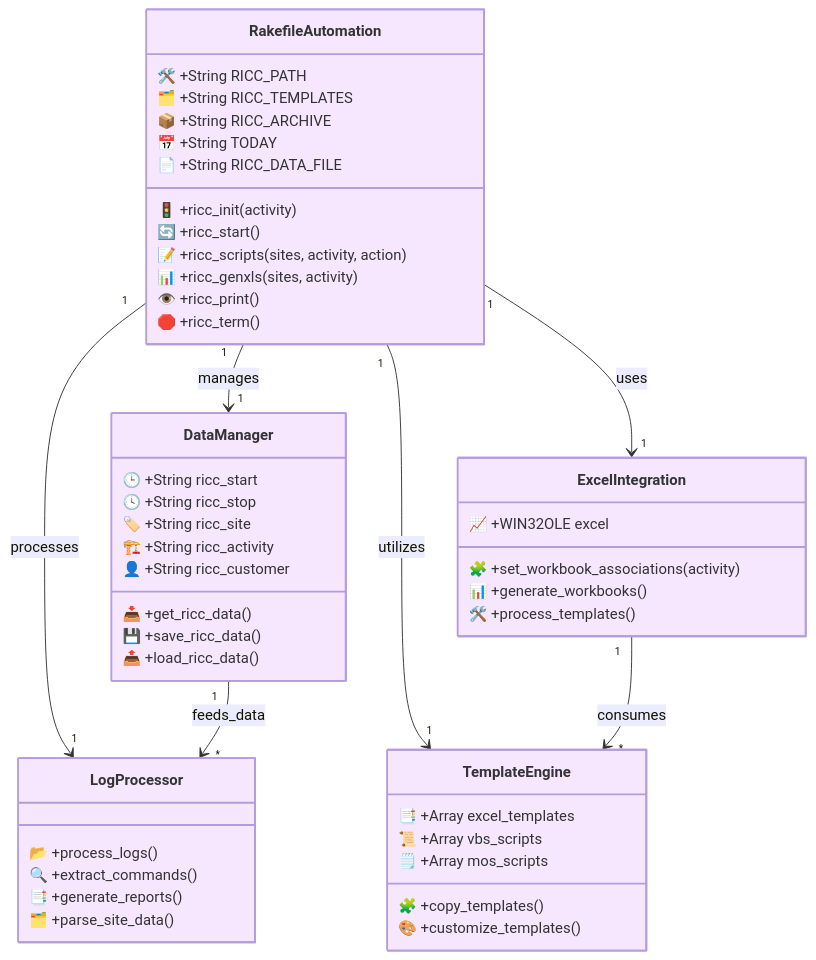
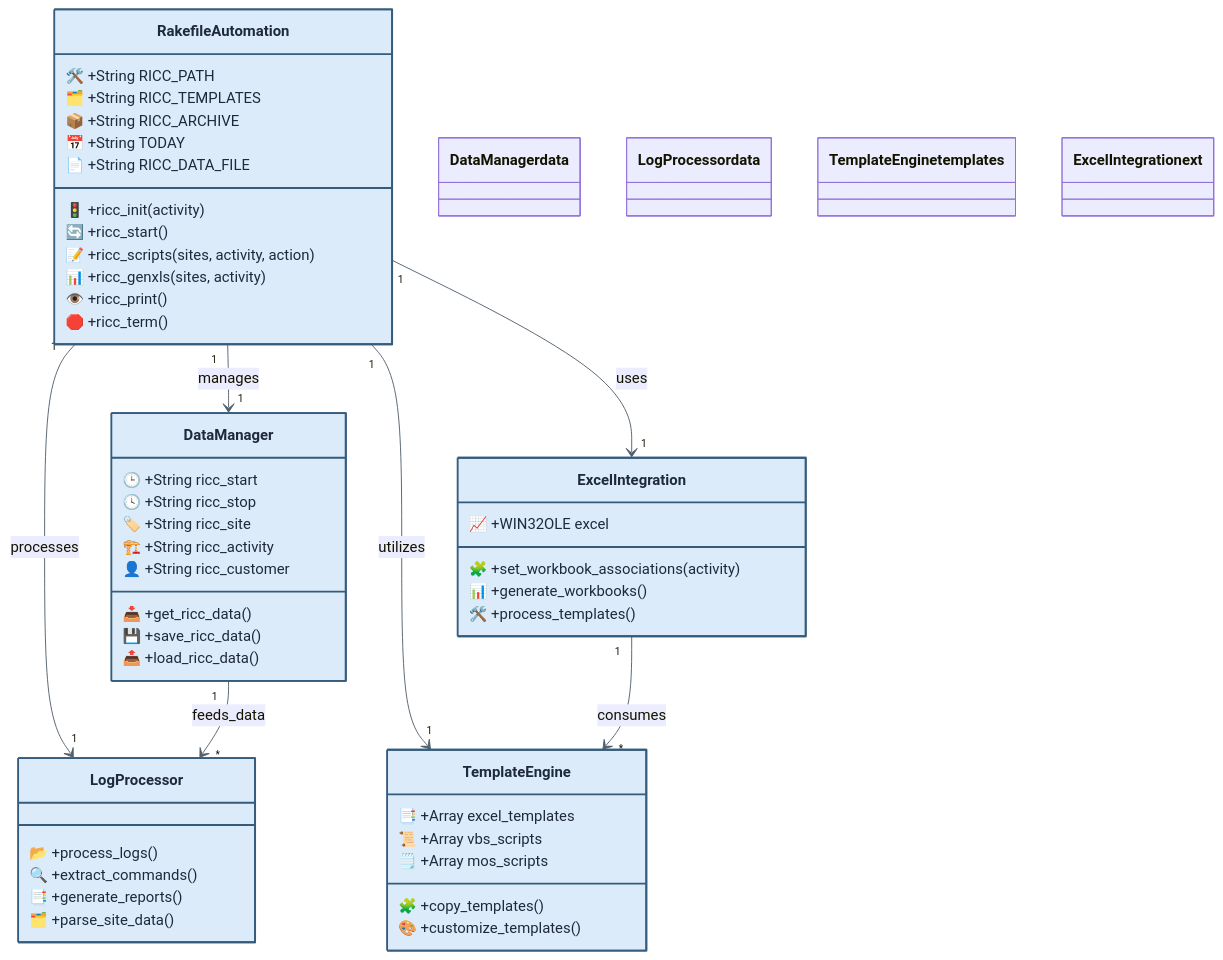
Before and after one commit to enogrob/project-automation-mop: the second of 4 diagrams in README.md, drawn with Mermaid. The commit also changed other lines of this file and 1 other file, not shown here.

````diff
--- a/README.md
+++ b/README.md
@@ -118,59 +118,66 @@
 ```mermaid
-%%{init: { 'themeVariables': { 'primaryColor': '#f6e7ff', 'edgeLabelBackground':'#fff', 'fontSize': '16px', 'fontFamily': 'Inter, Arial', 'nodeTextColor': '#333', 'secondaryColor': '#e0f7fa', 'tertiaryColor': '#ffe0e0', 'background': '#f9f9fb' } } }%%
+%%{init: { 'themeVariables': { 'primaryColor': '#DCEBFA', 'primaryBorderColor': '#355C7D', 'primaryTextColor': '#1E293B', 'lineColor': '#52606D', 'fontSize': '16px' } } }%%
 classDiagram
     class RakefileAutomation {
         🛠️ +String RICC_PATH
         🗂️ +String RICC_TEMPLATES
         📦 +String RICC_ARCHIVE
         📅 +String TODAY
         📄 +String RICC_DATA_FILE
         🚦 +ricc_init(activity)
         🔄 +ricc_start()
         📝 +ricc_scripts(sites, activity, action)
         📊 +ricc_genxls(sites, activity)
         👁️ +ricc_print()
         🛑 +ricc_term()
     }
     
     class DataManager {
         🕒 +String ricc_start
         🕓 +String ricc_stop
         🏷️ +String ricc_site
         🏗️ +String ricc_activity
         👤 +String ricc_customer
         📥 +get_ricc_data()
         💾 +save_ricc_data()
         📤 +load_ricc_data()
     }
     
     class ExcelIntegration {
         📈 +WIN32OLE excel
         🧩 +set_workbook_associations(activity)
         📊 +generate_workbooks()
         🛠️ +process_templates()
     }
     
     class LogProcessor {
         📂 +process_logs()
         🔍 +extract_commands()
         📑 +generate_reports()
         🗂️ +parse_site_data()
     }
     
     class TemplateEngine {
         📑 +Array excel_templates
         📜 +Array vbs_scripts
         🗒️ +Array mos_scripts
         🧩 +copy_templates()
         🎨 +customize_templates()
     }
     
     RakefileAutomation "1" --> "1" DataManager : manages
     RakefileAutomation "1" --> "1" ExcelIntegration : uses
     RakefileAutomation "1" --> "1" LogProcessor : processes
     RakefileAutomation "1" --> "1" TemplateEngine : utilizes
     DataManager "1" --> "*" LogProcessor : feeds_data
     ExcelIntegration "1" --> "*" TemplateEngine : consumes
     
-    classDef default fill:#f6e7ff,stroke:#b39ddb,stroke-width:2px,color:#333,rx:12px,ry:12px;
+    classDef default fill:#DCEBFA,stroke:#355C7D,stroke-width:2px,color:#1E293B
+    classDef data fill:#DDF2E1,stroke:#3F6B4F,stroke-width:2px,color:#1E3324
+    classDef templates fill:#DDF2E1,stroke:#3F6B4F,stroke-width:2px,color:#1E3324
+    classDef ext fill:#FBE4F0,stroke:#8E496D,stroke-width:2px,color:#3F2434
+    class DataManager data
+    class LogProcessor data
+    class TemplateEngine templates
+    class ExcelIntegration ext
 ```
````
